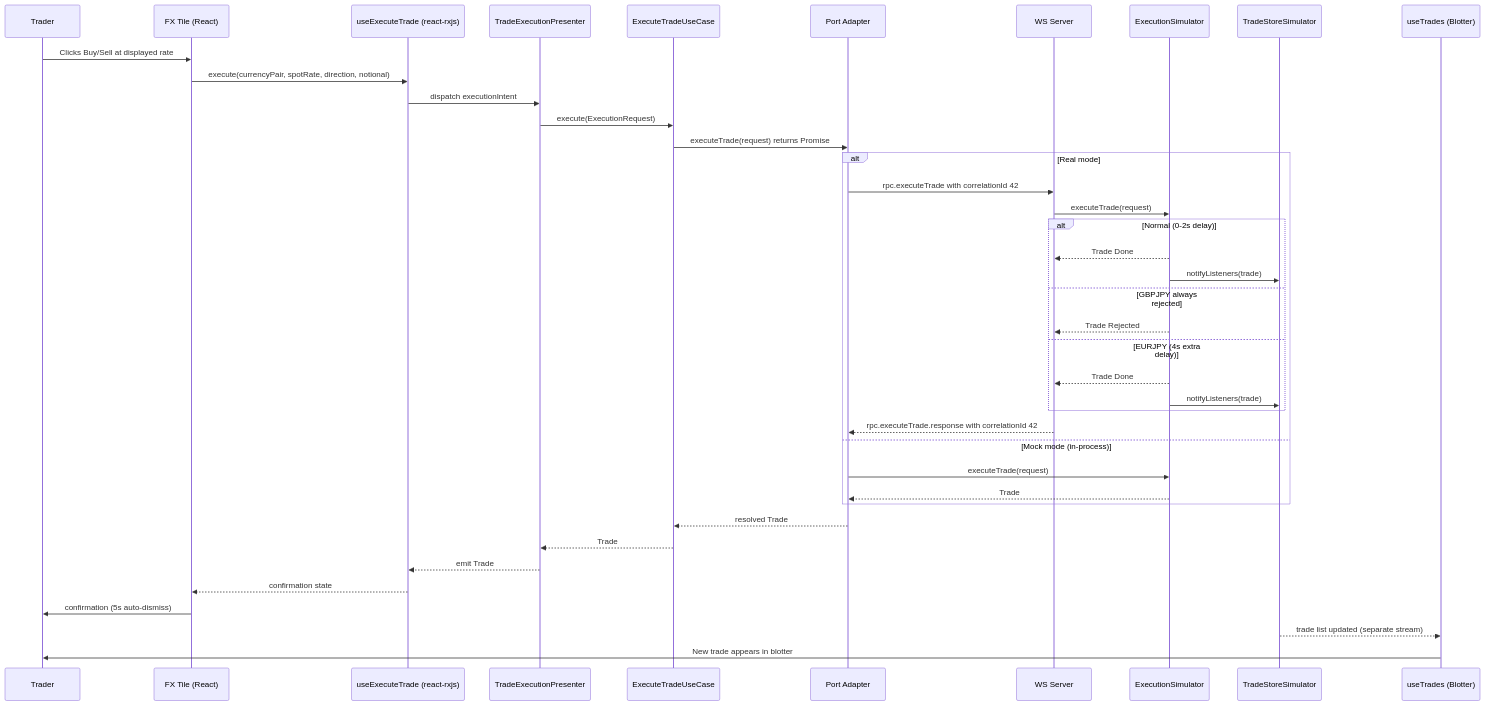
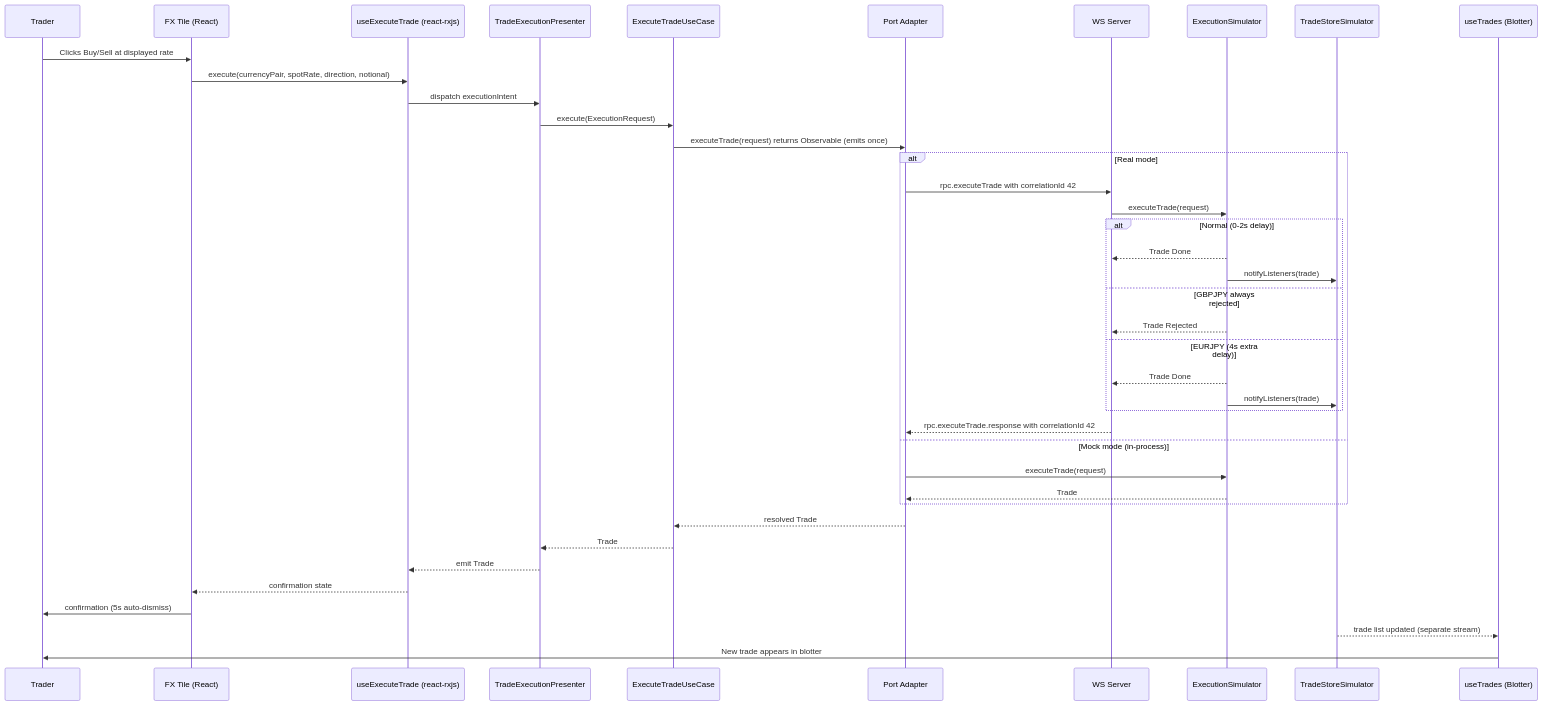
One commit to bettersoftware-io/ReactiveTraderCloudClone changed diagram 12 of 18 in docs/architecture.md. Above: the diagram before and after it, drawn with Mermaid. The commit also changed other lines of this file and 4 other files, not shown here.

Commit message:
refactor(domain): finalize Phase 2.6 — delete delay.ts, update architecture.md, mark STATUS done

````diff
--- a/docs/architecture.md
+++ b/docs/architecture.md
@@ -738,46 +754,46 @@
 ```mermaid
 sequenceDiagram
     participant Trader
     participant Tile as FX Tile (React)
     participant Hook as useExecuteTrade (react-rxjs)
     participant Presenter as TradeExecutionPresenter
     participant UC as ExecuteTradeUseCase
     participant Adapter as Port Adapter
     participant Server as WS Server
     participant ExecSim as ExecutionSimulator
     participant Store as TradeStoreSimulator
     participant BlotterHook as useTrades (Blotter)
 
     Trader->>Tile: Clicks Buy/Sell at displayed rate
     Tile->>Hook: execute(currencyPair, spotRate, direction, notional)
     Hook->>Presenter: dispatch executionIntent
     Presenter->>UC: execute(ExecutionRequest)
-    UC->>Adapter: executeTrade(request) returns Promise
+    UC->>Adapter: executeTrade(request) returns Observable (emits once)
 
     alt Real mode
         Adapter->>Server: rpc.executeTrade with correlationId 42
         Server->>ExecSim: executeTrade(request)
         alt Normal (0-2s delay)
             ExecSim-->>Server: Trade Done
             ExecSim->>Store: notifyListeners(trade)
         else GBPJPY always rejected
             ExecSim-->>Server: Trade Rejected
         else EURJPY (4s extra delay)
             ExecSim-->>Server: Trade Done
             ExecSim->>Store: notifyListeners(trade)
         end
         Server-->>Adapter: rpc.executeTrade.response with correlationId 42
     else Mock mode (in-process)
         Adapter->>ExecSim: executeTrade(request)
         ExecSim-->>Adapter: Trade
     end
 
     Adapter-->>UC: resolved Trade
     UC-->>Presenter: Trade
     Presenter-->>Hook: emit Trade
     Hook-->>Tile: confirmation state
     Tile->>Trader: confirmation (5s auto-dismiss)
 
     Store-->>BlotterHook: trade list updated (separate stream)
     BlotterHook->>Trader: New trade appears in blotter
 ```
````
